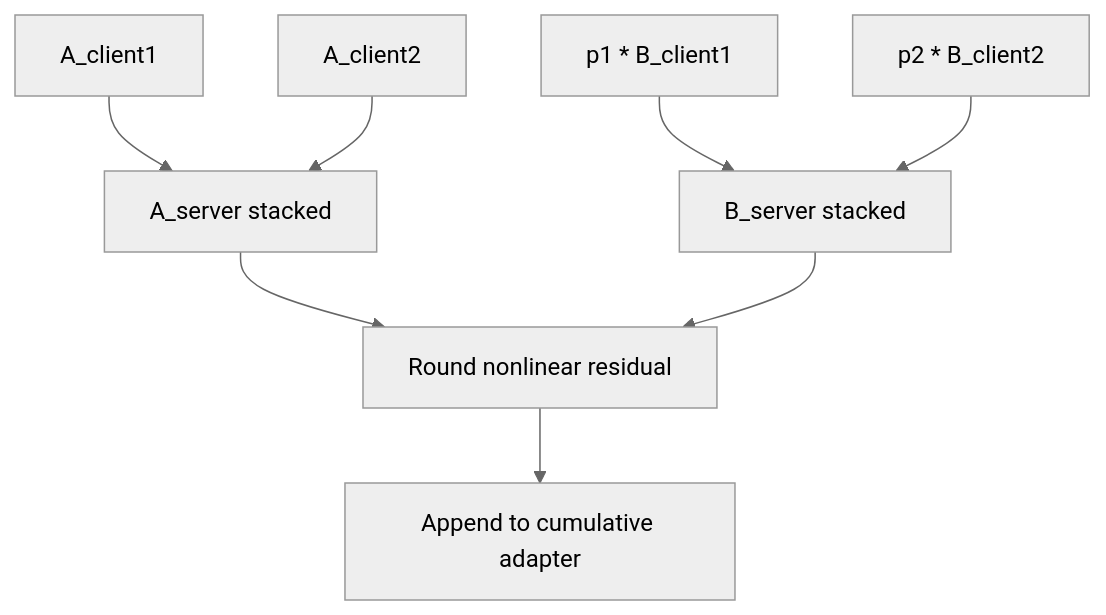
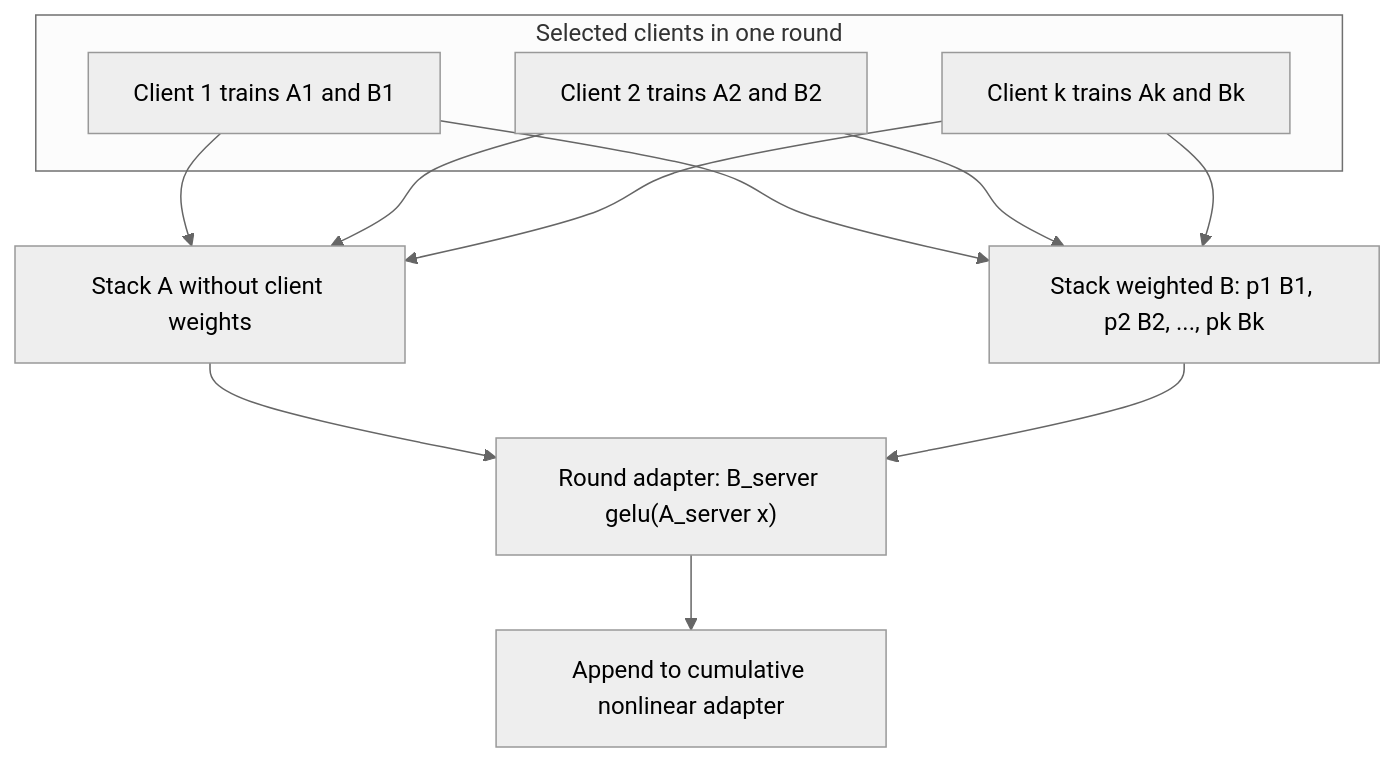
The third of 4 diagrams in docs/METHODS.md (trantrieuvy/vflora), drawn with Mermaid (neutral theme) before and after one commit. The commit also changed other lines of this file, not shown here.

Commit message:
Clarify nonlinear method diagrams

````diff
--- a/docs/METHODS.md
+++ b/docs/METHODS.md
@@ -100,10 +100,20 @@
 ```mermaid
 flowchart TD
-  A1[A_client1] --> AS[A_server stacked]
-  A2[A_client2] --> AS
-  B1[p1 * B_client1] --> BS[B_server stacked]
-  B2[p2 * B_client2] --> BS
-  AS --> R[Round nonlinear residual]
-  BS --> R
-  R --> C[Append to cumulative adapter]
+  subgraph Clients[Selected clients in one round]
+    C1["Client 1 trains A1 and B1"]
+    C2["Client 2 trains A2 and B2"]
+    CK["Client k trains Ak and Bk"]
+  end
+
+  C1 --> AStack["Stack A without client weights"]
+  C2 --> AStack
+  CK --> AStack
+
+  C1 --> BStack["Stack weighted B: p1 B1, p2 B2, ..., pk Bk"]
+  C2 --> BStack
+  CK --> BStack
+
+  AStack --> Round["Round adapter: B_server gelu(A_server x)"]
+  BStack --> Round
+  Round --> Global["Append to cumulative nonlinear adapter"]
 ```
````
